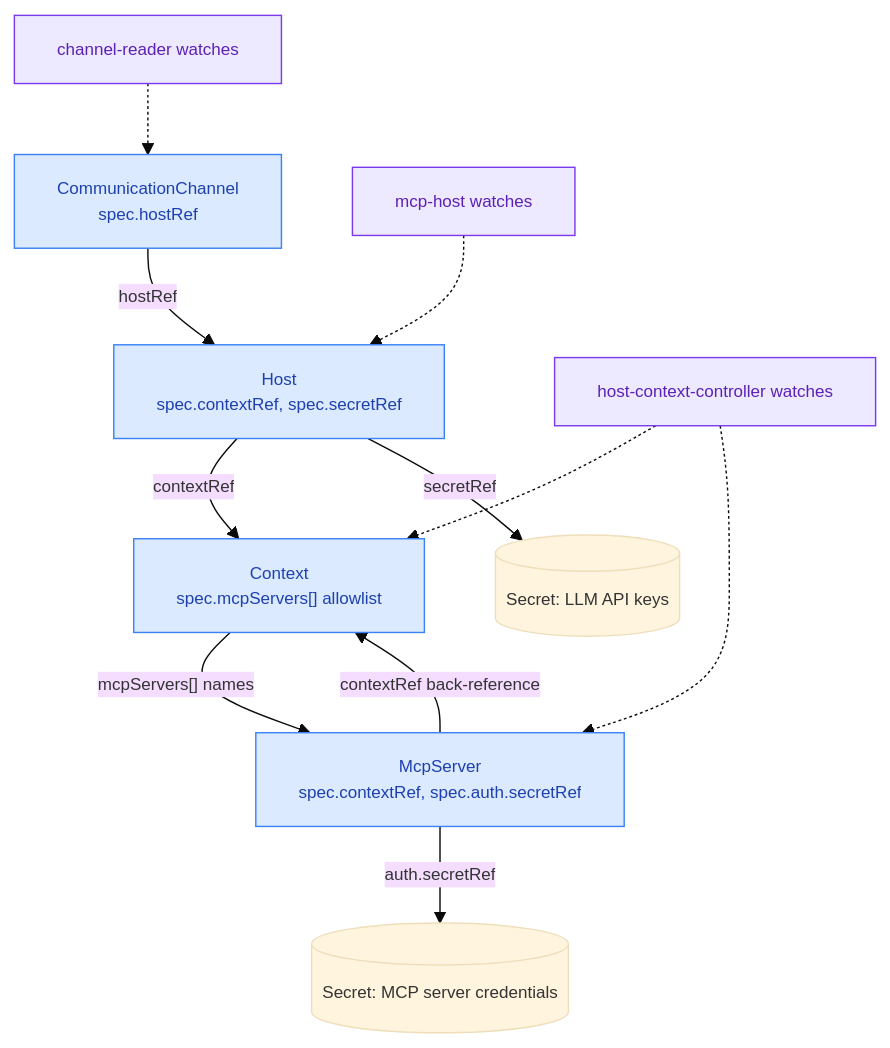
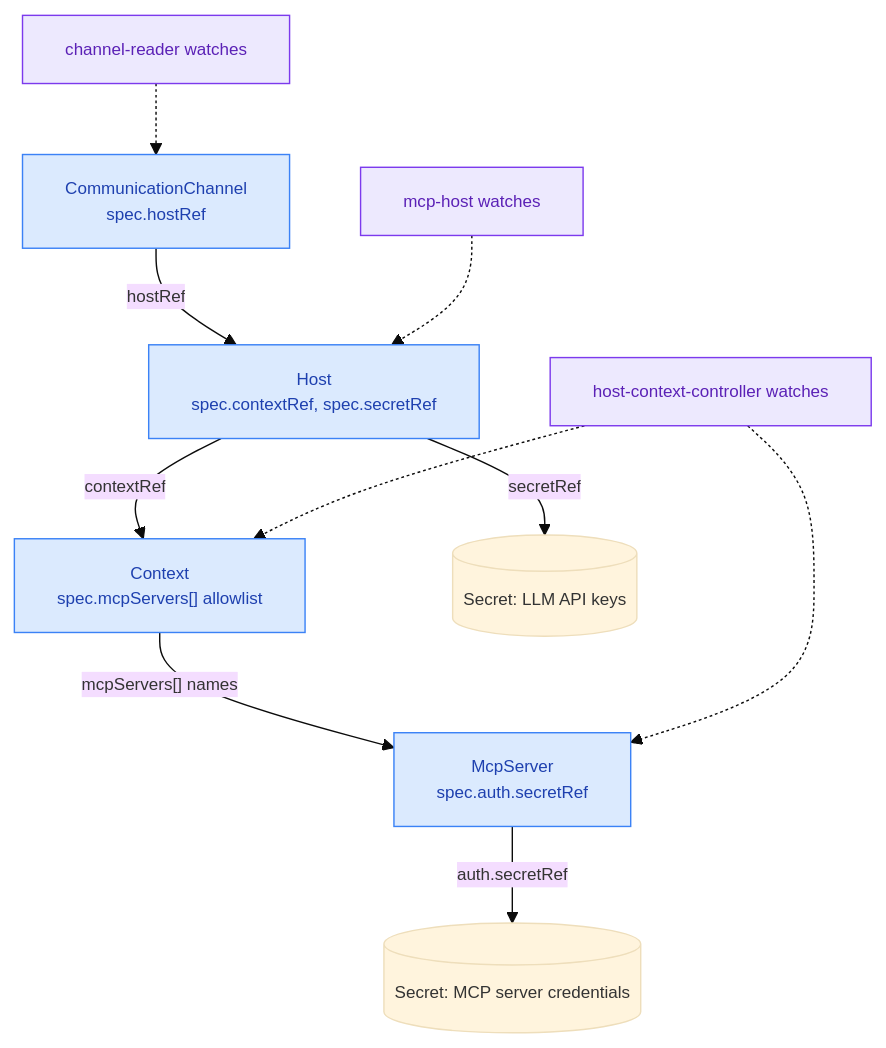
One commit to evenfire-ai/evenfire changed the second of 6 diagrams in docs/architecture/overview.md. Above: the diagram before and after it, drawn with Mermaid. The commit also changed other lines of this file and 4 other files, not shown here.

Commit message:
docs: describe Context-to-McpServer enablement through allowlists

````diff
--- a/docs/architecture/overview.md
+++ b/docs/architecture/overview.md
@@ -322,27 +323,26 @@
 ```mermaid
 %%{init: {'theme':'base', 'themeVariables': {'fontSize':'12px'}}}%%
 flowchart TD
     CC["CommunicationChannel<br/>spec.hostRef"]
     HOST["Host<br/>spec.contextRef, spec.secretRef"]
     CTX["Context<br/>spec.mcpServers[] allowlist"]
-    MCS["McpServer<br/>spec.contextRef, spec.auth.secretRef"]
+    MCS["McpServer<br/>spec.auth.secretRef"]
     SEC1[("Secret: LLM API keys")]
     SEC2[("Secret: MCP server credentials")]
 
     CC -->|hostRef| HOST
     HOST -->|contextRef| CTX
     HOST -->|secretRef| SEC1
     CTX -->|"mcpServers[] names"| MCS
-    MCS -->|contextRef back-reference| CTX
     MCS -->|auth.secretRef| SEC2
 
     WCR["channel-reader watches"] -.-> CC
     WMH["mcp-host watches"] -.-> HOST
     WHCC["host-context-controller watches"] -.-> CTX
     WHCC -.-> MCS
 
     classDef crd fill:#DBEAFE,stroke:#3B82F6,color:#1E40AF
     classDef svc fill:#EDE9FE,stroke:#7C3AED,color:#5B21B6
     class CC,HOST,CTX,MCS crd
     class WCR,WMH,WHCC svc
 ```
````
